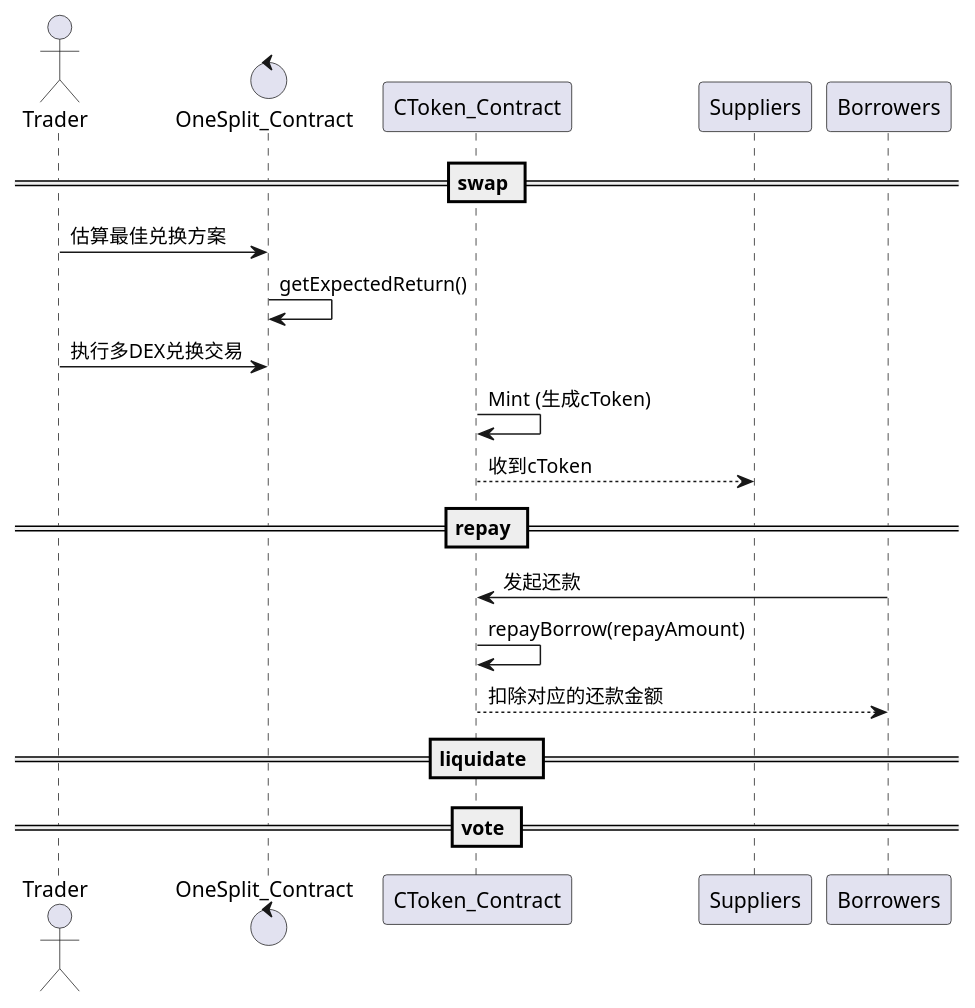
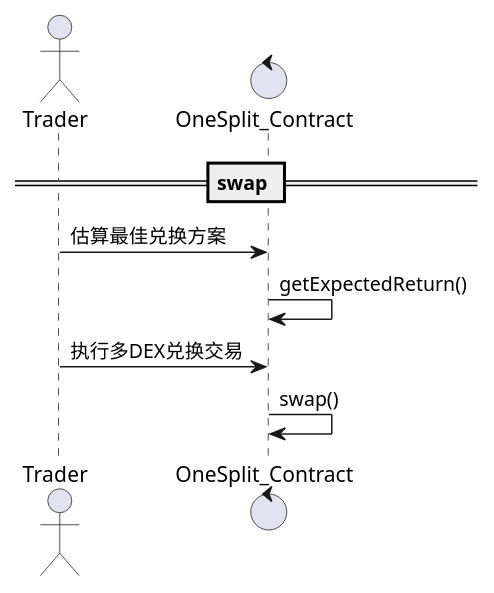
One commit to bigwin-finance/1inchProtocol changed the diagram in document/合约交互图.puml. Above: the diagram before and after it, drawn with PlantUML. The commit also changed 11 other files, not shown here.

```diff
--- a/document/合约交互图.puml
+++ b/document/合约交互图.puml
@@ -1,28 +1,15 @@
 @startuml
 actor Trader
 control OneSplit_Contract
 
 
 == swap ==
 
 Trader -> OneSplit_Contract: 估算最佳兑换方案
 OneSplit_Contract -> OneSplit_Contract: getExpectedReturn()
 
 
 Trader -> OneSplit_Contract: 执行多DEX兑换交易
-CToken_Contract -> CToken_Contract: Mint (生成cToken)
-CToken_Contract --> Suppliers: 收到cToken
-
-
-
-
-
-== repay ==
-Borrowers-> CToken_Contract: 发起还款
-CToken_Contract -> CToken_Contract : repayBorrow(repayAmount)
-Borrowers <-- CToken_Contract : 扣除对应的还款金额
-
-== liquidate ==
-== vote ==
+OneSplit_Contract -> OneSplit_Contract: swap()
 
 @enduml
```
